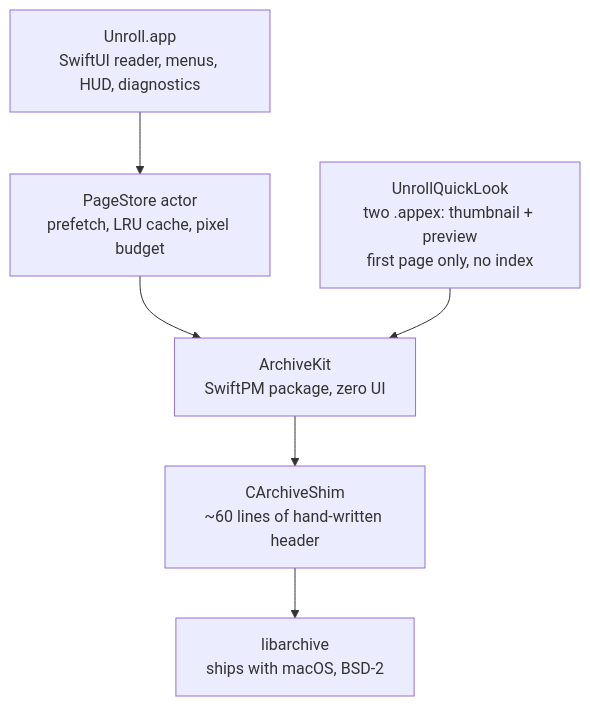
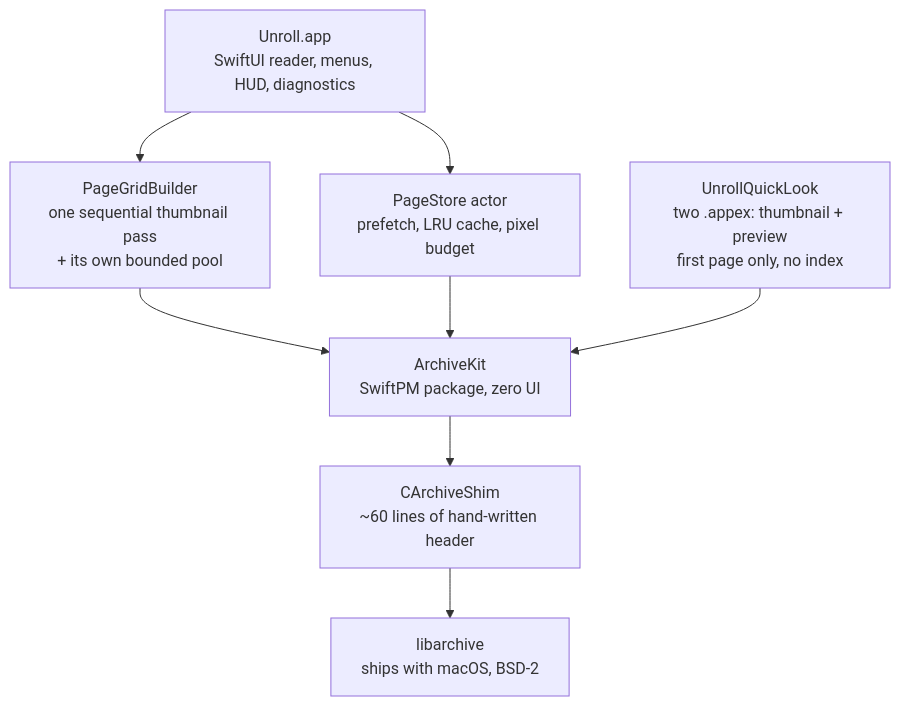
The diagram in ARCHITECTURE.md (GFredR/Unroll), drawn with Mermaid before and after one commit. The commit also changed other lines of this file and 6 other files, not shown here.

First line of the commit message:
docs: 文档全量对齐 v1.1,并为 ARCHITECTURE 补中文版

````diff
--- a/ARCHITECTURE.md
+++ b/ARCHITECTURE.md
@@ -7,15 +9,18 @@
 ```mermaid
 flowchart TB
     UI["Unroll.app<br/>SwiftUI reader, menus, HUD, diagnostics"]
+    Grid["PageGridBuilder<br/>one sequential thumbnail pass<br/>+ its own bounded pool"]
     QL["UnrollQuickLook<br/>two .appex: thumbnail + preview<br/>first page only, no index"]
     Store["PageStore actor<br/>prefetch, LRU cache, pixel budget"]
     Kit["ArchiveKit<br/>SwiftPM package, zero UI"]
     Shim["CArchiveShim<br/>~60 lines of hand-written header"]
     Lib["libarchive<br/>ships with macOS, BSD-2"]
 
     UI --> Store
+    UI --> Grid
+    Grid --> Kit
     Store --> Kit
     QL --> Kit
     Kit --> Shim
     Shim --> Lib
 ```
````
